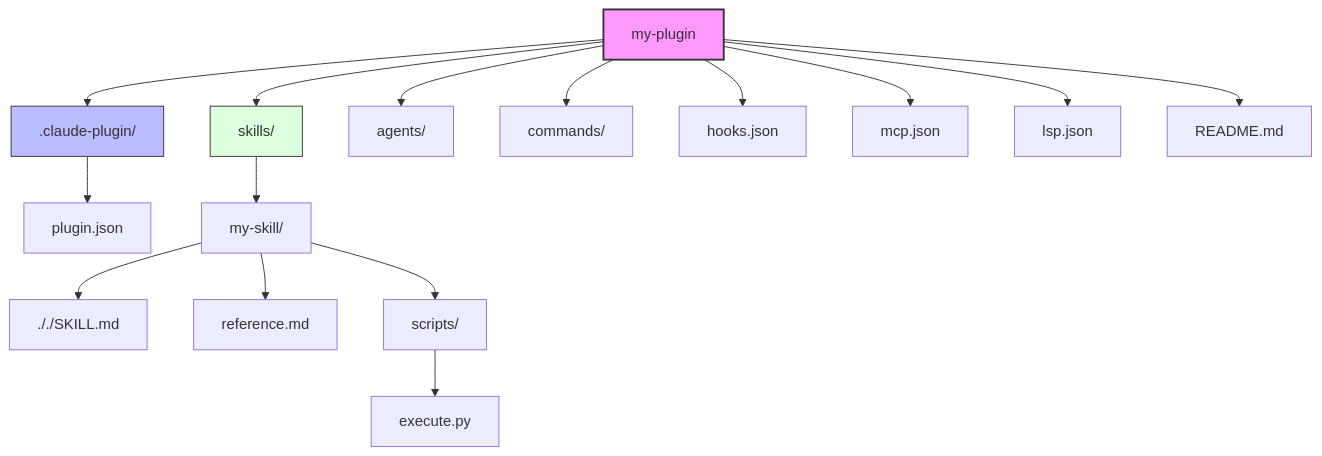
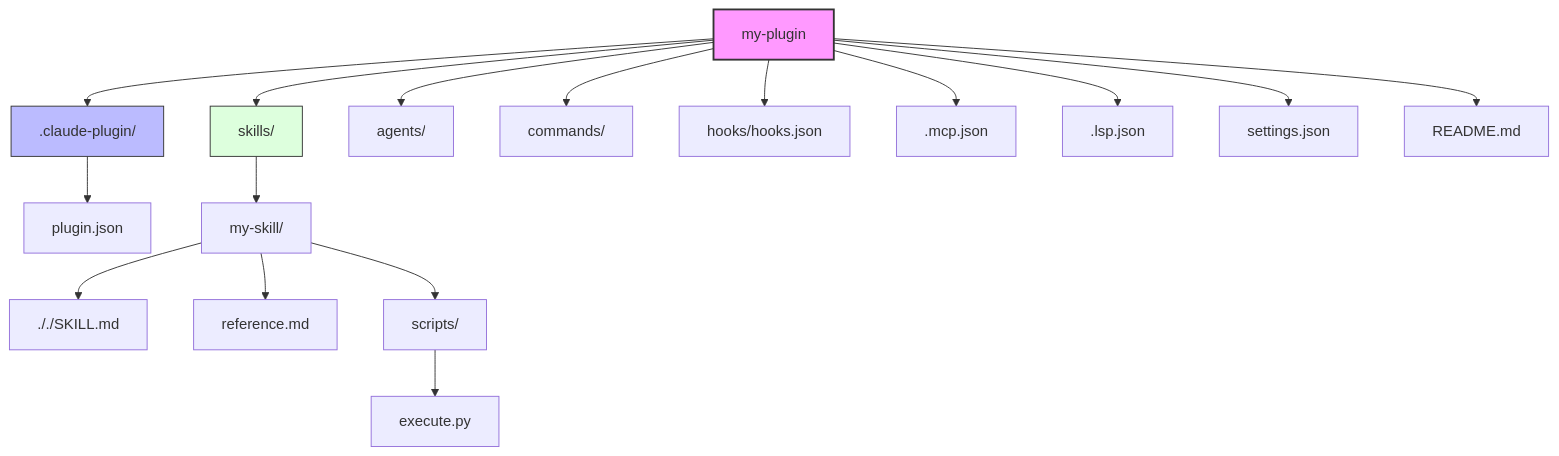
One commit to richfrem/agent-plugins-skills changed the diagram in plugins/agent-skill-open-specifications/skills/ecosystem-authoritative-sources/references/diagrams/plugin-architecture.mmd. Above: the diagram before and after it, drawn with Mermaid. The commit also changed 45 other files, not shown here.

```diff
--- a/plugins/agent-skill-open-specifications/skills/ecosystem-authoritative-sources/references/diagrams/plugin-architecture.mmd
+++ b/plugins/agent-skill-open-specifications/skills/ecosystem-authoritative-sources/references/diagrams/plugin-architecture.mmd
@@ -1,21 +1,22 @@
 graph TD
     A[my-plugin] --> B[.claude-plugin/]
     B --> C[plugin.json]
     
     A --> D[skills/]
     D --> E[my-skill/]
     E --> F[././SKILL.md]
     E --> G[reference.md]
     E --> H[scripts/]
     H --> I[execute.py]
     
     A --> J[agents/]
     A --> K[commands/]
-    A --> L[hooks.json]
-    A --> M[mcp.json]
-    A --> N[lsp.json]
-    A --> O[README.md]
+    A --> L[hooks/hooks.json]
+    A --> M[.mcp.json]
+    A --> N[.lsp.json]
+    A --> O[settings.json]
+    A --> P[README.md]
     
     style A fill:#f9f,stroke:#333,stroke-width:2px
     style B fill:#bbf,stroke:#333
     style D fill:#dfd,stroke:#333
```
